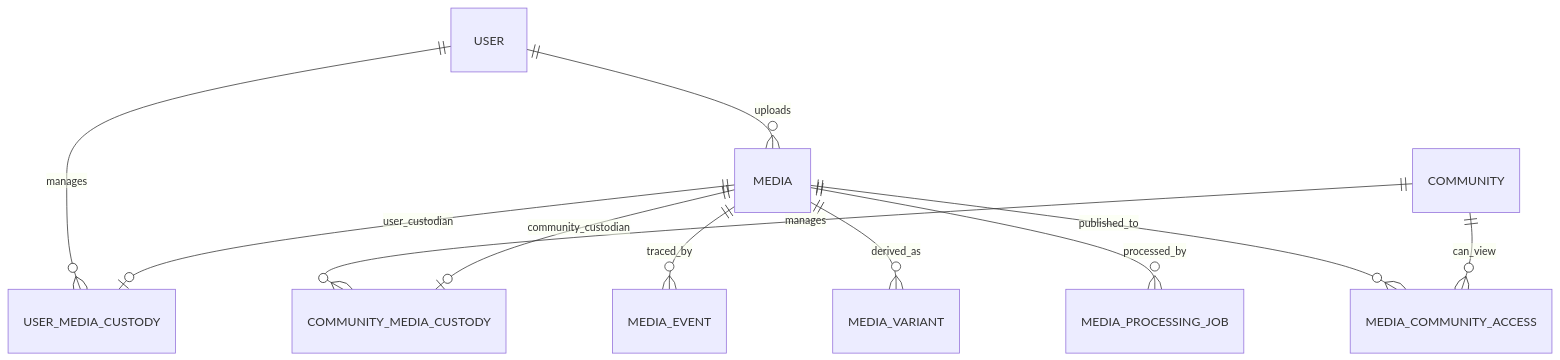
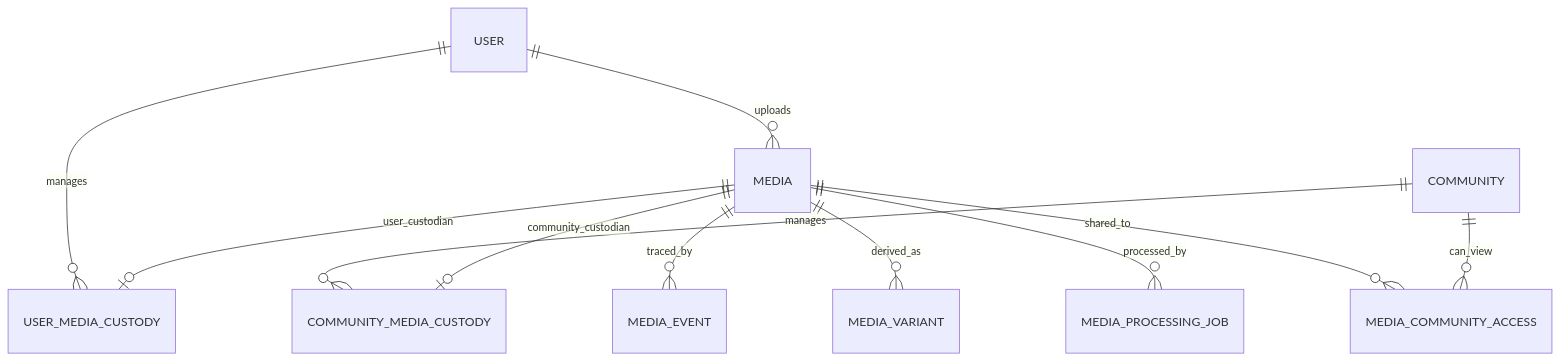
The first of 2 diagrams in content/media/data-model.mdx (hazuki3417/memoria-design), drawn with Mermaid before and after one commit. The commit also changed other lines of this file and 16 other files, not shown here.

````diff
--- a/content/media/data-model.mdx
+++ b/content/media/data-model.mdx
@@ -9,13 +9,13 @@
 ```mermaid
 erDiagram
   USER ||--o{ MEDIA : uploads
   USER ||--o{ USER_MEDIA_CUSTODY : manages
   COMMUNITY ||--o{ COMMUNITY_MEDIA_CUSTODY : manages
   MEDIA ||--o| USER_MEDIA_CUSTODY : user_custodian
   MEDIA ||--o| COMMUNITY_MEDIA_CUSTODY : community_custodian
   MEDIA ||--o{ MEDIA_EVENT : traced_by
   MEDIA ||--o{ MEDIA_VARIANT : derived_as
   MEDIA ||--o{ MEDIA_PROCESSING_JOB : processed_by
-  MEDIA ||--o{ MEDIA_COMMUNITY_ACCESS : published_to
+  MEDIA ||--o{ MEDIA_COMMUNITY_ACCESS : shared_to
   COMMUNITY ||--o{ MEDIA_COMMUNITY_ACCESS : can_view
 ```
````
